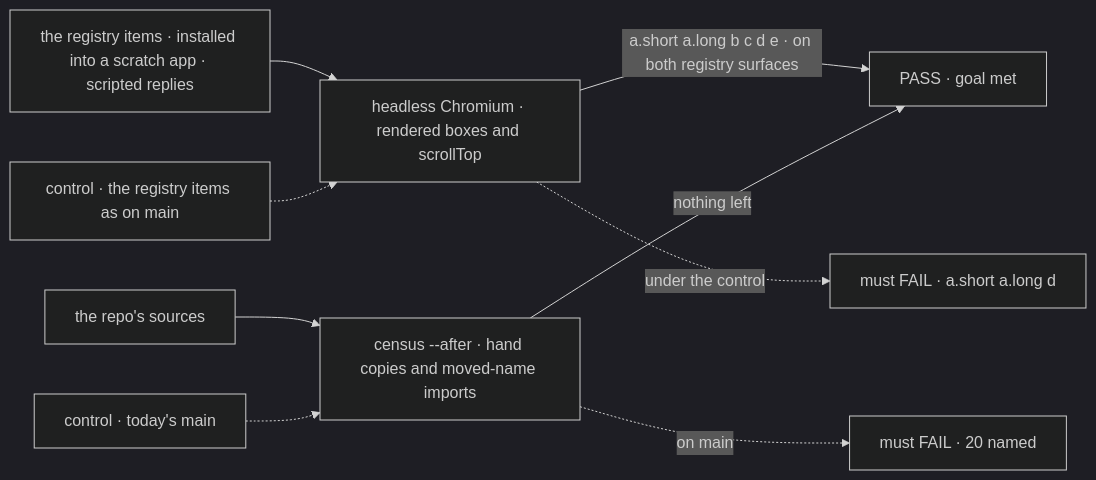
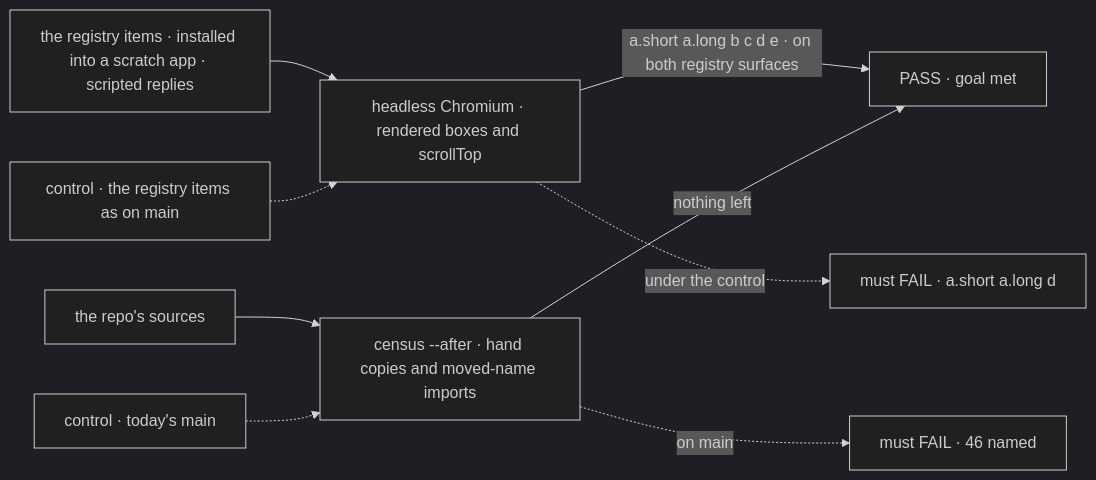
Before and after one commit to fixpoint-labs/flow-state-dev: the first of 2 diagrams in specs/issues/FIX-2456/SPEC.md, drawn with Mermaid (dark theme). The commit also changed other lines of this file and 4 other files, not shown here.

````diff
--- a/specs/issues/FIX-2456/SPEC.md
+++ b/specs/issues/FIX-2456/SPEC.md
@@ -32,11 +33,11 @@
 ```mermaid
 flowchart LR
   I["the registry items · installed into a scratch app · scripted replies"] --> B["headless Chromium · rendered boxes and scrollTop"]
   R["the repo's sources"] --> S["census --after · hand copies and moved-name imports"]
   B -->|"a.short a.long b c d e · on both registry surfaces"| P["PASS · goal met"]
   S -->|"nothing left"| P
   C["control · the registry items as on main"] -.-> B
   B -.->|"under the control"| F["must FAIL · a.short a.long d"]
   M["control · today's main"] -.-> S
-  S -.->|"on main"| F2["must FAIL · 20 named"]
+  S -.->|"on main"| F2["must FAIL · 46 named"]
 ```
````
